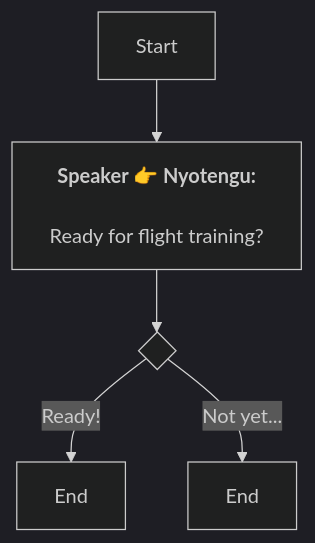
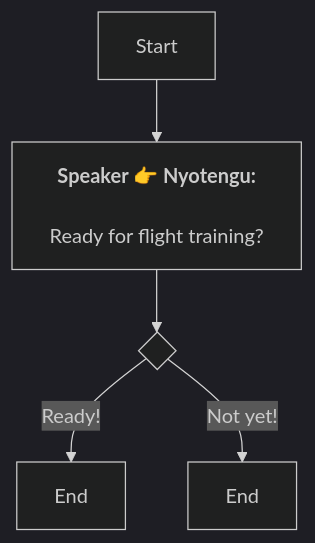
Before and after one commit to SoftHu/tos_avg: the diagram in En/QuestTalkObjectiveNode_1753215920590245.md, drawn with Mermaid (dark theme). The commit also changed 312 other files, not shown here.

````diff
--- a/En/QuestTalkObjectiveNode_1753215920590245.md
+++ b/En/QuestTalkObjectiveNode_1753215920590245.md
@@ -1,10 +1,10 @@
 ```mermaid
 graph
 Start -->1753215953851816[<b>Speaker 👉 Nyotengu:</b>
 
 Ready for flight training?]
 1753215953851816 -->1753216001736105{ }
 1753216001736105 -->|Ready!|1753216057456046[End]
-1753216001736105 -->|Not yet...|1753216059639215[End]
+1753216001736105 -->|Not yet!|1753216059639215[End]
 
  ```
````
